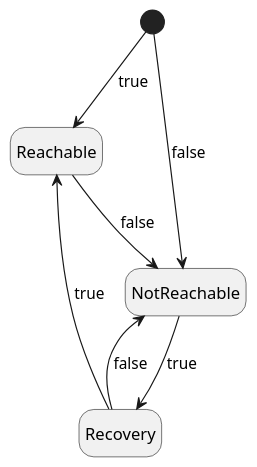
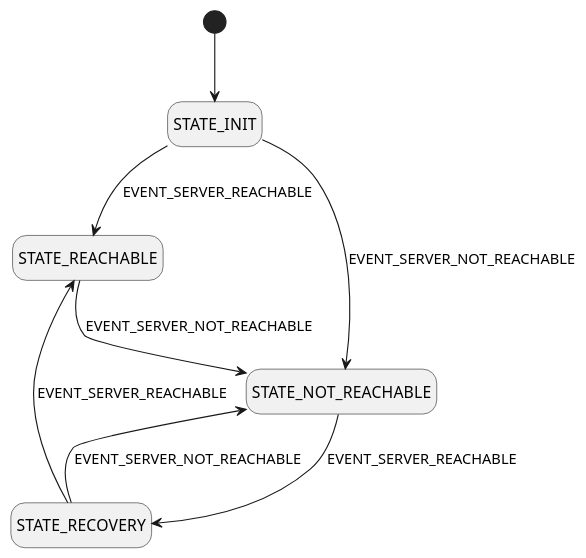
Before and after one commit to vocaltech/spring-statemachine: the diagram in docs/server-connection-fsm.puml, drawn with PlantUML.

Commit message:
refactor server-connection-fsm uml state diagram

```diff
--- a/docs/server-connection-fsm.puml
+++ b/docs/server-connection-fsm.puml
@@ -1,15 +1,16 @@
 @startuml
 'https://plantuml.com/state-diagram
 
-scale 250 width
+scale 580 width
 hide empty description
 
-[*] --> Reachable : true
-[*] --> NotReachable : false
+[*] --> STATE_INIT
+STATE_INIT --> STATE_REACHABLE : EVENT_SERVER_REACHABLE
+STATE_INIT --> STATE_NOT_REACHABLE : EVENT_SERVER_NOT_REACHABLE
 
-Reachable --> NotReachable : false
-NotReachable --> Recovery : true
-Recovery --> Reachable : true
-Recovery --> NotReachable : false
+STATE_REACHABLE --> STATE_NOT_REACHABLE : EVENT_SERVER_NOT_REACHABLE
+STATE_NOT_REACHABLE --> STATE_RECOVERY : EVENT_SERVER_REACHABLE
+STATE_RECOVERY --> STATE_REACHABLE : EVENT_SERVER_REACHABLE
+STATE_RECOVERY --> STATE_NOT_REACHABLE : EVENT_SERVER_NOT_REACHABLE
 
 @enduml
```
